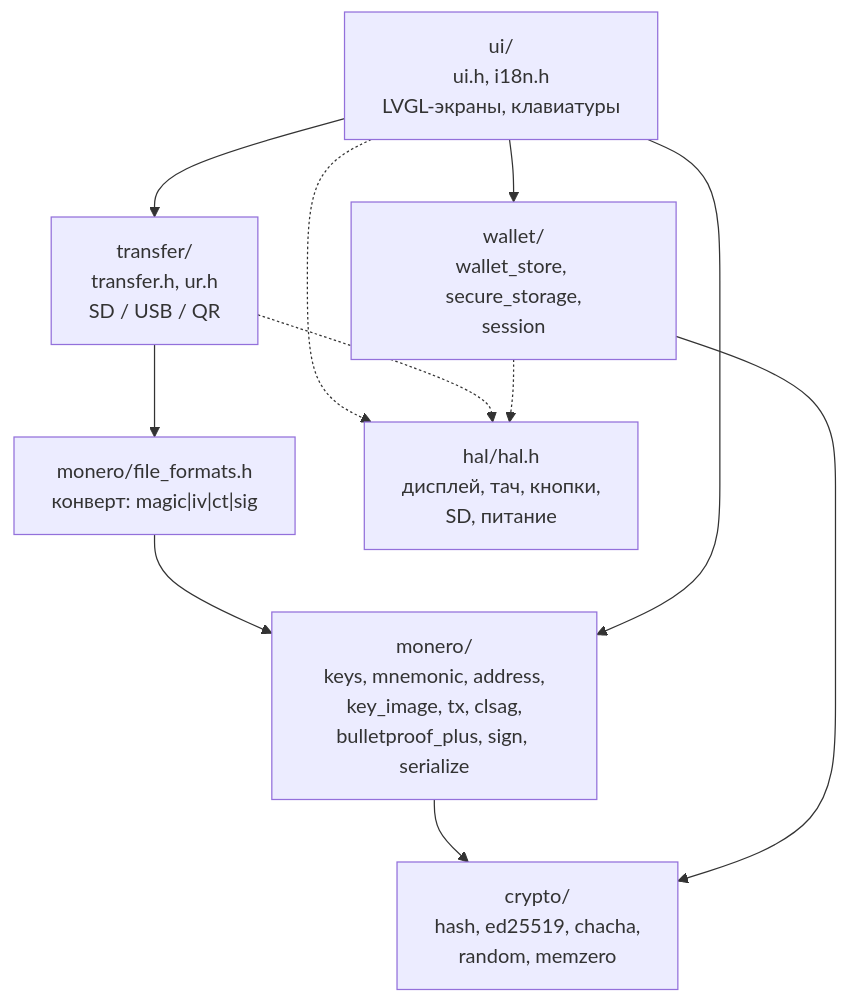
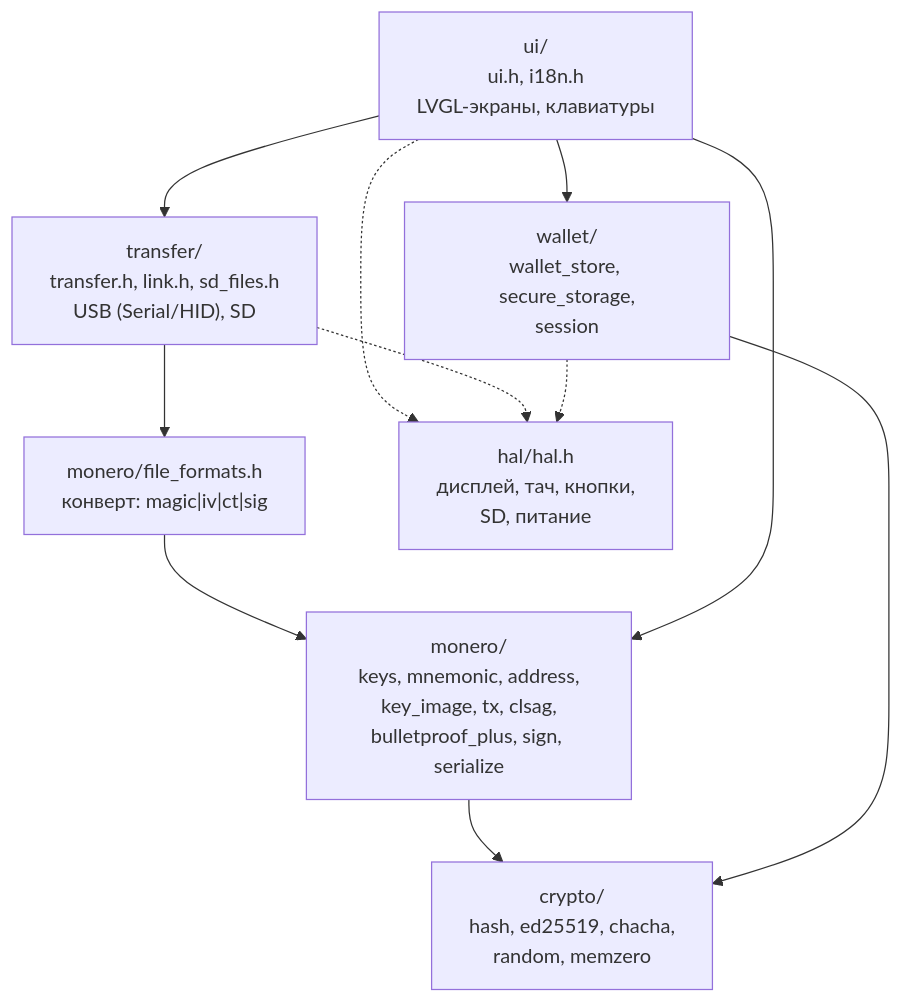
One commit to decolorized/ColdPunk changed the first of 5 diagrams in tools/docs/architecture.md. Above: the diagram before and after it, drawn with Mermaid. The commit also changed other lines of this file and 6 other files, not shown here.

````diff
--- a/tools/docs/architecture.md
+++ b/tools/docs/architecture.md
@@ -11,21 +11,21 @@
 ```mermaid
 graph TD
     UI["ui/<br/>ui.h, i18n.h<br/>LVGL-экраны, клавиатуры"]
-    TR["transfer/<br/>transfer.h, ur.h<br/>SD / USB / QR"]
+    TR["transfer/<br/>transfer.h, link.h, sd_files.h<br/>USB (Serial/HID), SD"]
     FF["monero/file_formats.h<br/>конверт: magic|iv|ct|sig"]
     MC["monero/<br/>keys, mnemonic, address,<br/>key_image, tx, clsag,<br/>bulletproof_plus, sign, serialize"]
     CR["crypto/<br/>hash, ed25519, chacha,<br/>random, memzero"]
     HAL["hal/hal.h<br/>дисплей, тач, кнопки,<br/>SD, питание"]
     WS["wallet/<br/>wallet_store, secure_storage,<br/>session"]
 
     TR --> FF
     FF --> MC
     MC --> CR
     UI --> TR
     UI --> MC
     UI --> WS
     WS --> CR
     UI -.-> HAL
     TR -.-> HAL
     WS -.-> HAL
 ```
````
